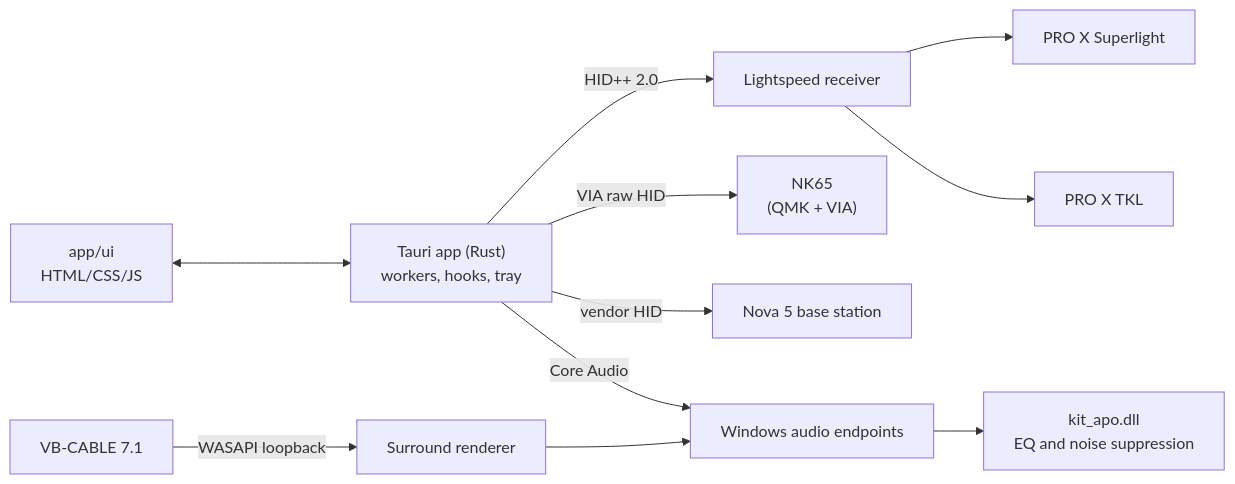
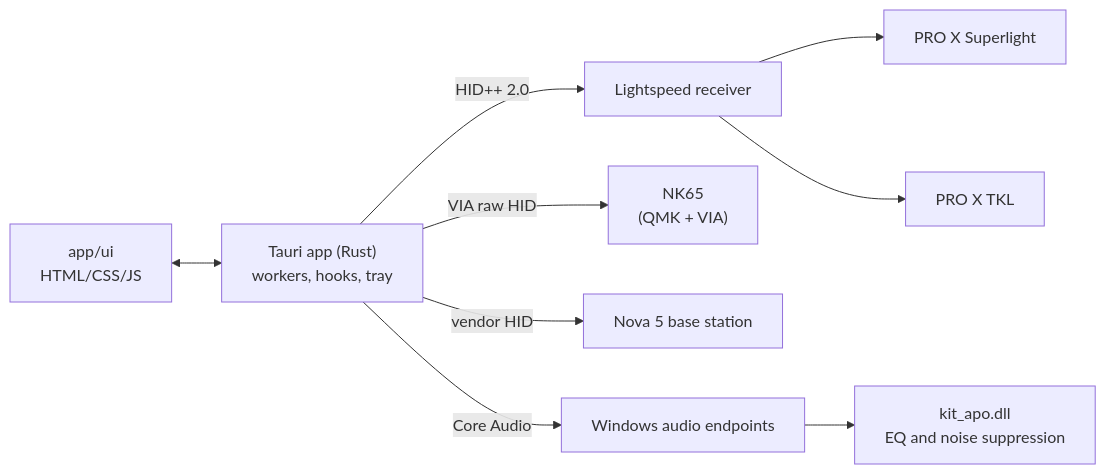
Before and after one commit to anthonyradke/kit: the diagram in README.md, drawn with Mermaid. The commit also changed other lines of this file and 47 other files, not shown here.

````diff
--- a/README.md
+++ b/README.md
@@ -91,10 +88,9 @@
 ```mermaid
 flowchart LR
   ui["app/ui<br/>HTML/CSS/JS"] <--> core["Tauri app (Rust)<br/>workers, hooks, tray"]
   core -- "HID++ 2.0" --> rx["Lightspeed receiver"] --> mouse["PRO X Superlight"] & tkl["PRO X TKL"]
   core -- "VIA raw HID" --> nk65["NK65<br/>(QMK + VIA)"]
   core -- "vendor HID" --> base["Nova 5 base station"]
   core -- "Core Audio" --> audio["Windows audio endpoints"]
   audio --> apo["kit_apo.dll<br/>EQ and noise suppression"]
-  cable["VB-CABLE 7.1"] -- "WASAPI loopback" --> spatial["Surround renderer"] --> audio
 ```
````
